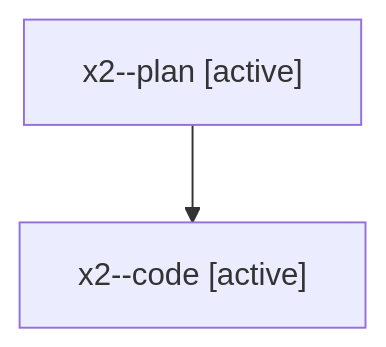
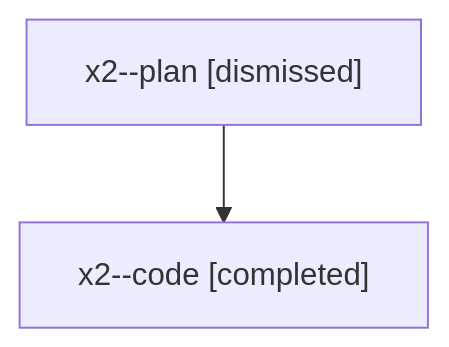
The diagram in families/bbugyi200.athena.x2.md (sase-org/sase--agents), drawn with Mermaid before and after one commit. The commit also changed other lines of this file and 2170 other files, not shown here.

````diff
--- a/families/bbugyi200.athena.x2.md
+++ b/families/bbugyi200.athena.x2.md
@@ -9,6 +9,6 @@
 ```mermaid
 flowchart TD
-  n0["x2--plan [active]"]
-  n1["x2--code [active]"]
+  n0["x2--plan [dismissed]"]
+  n1["x2--code [completed]"]
   n0 --> n1
 ```
````
